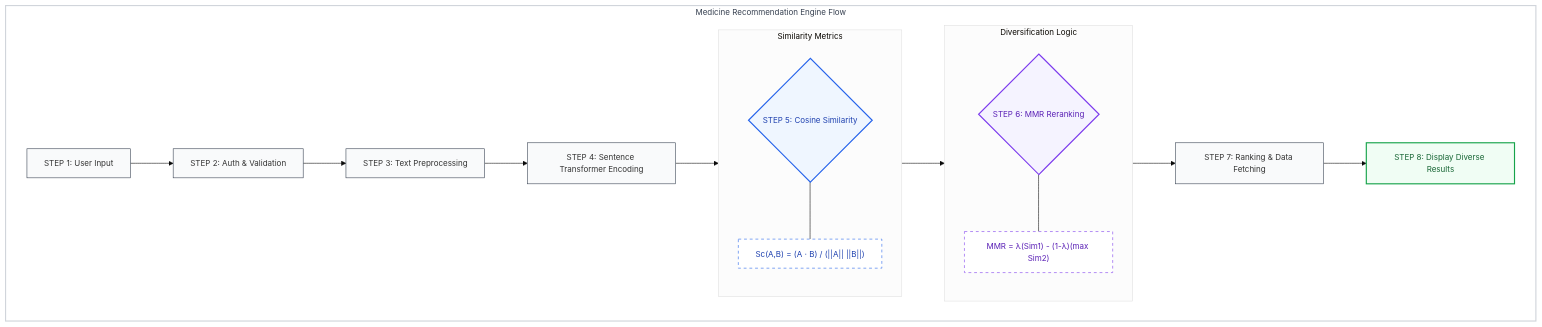
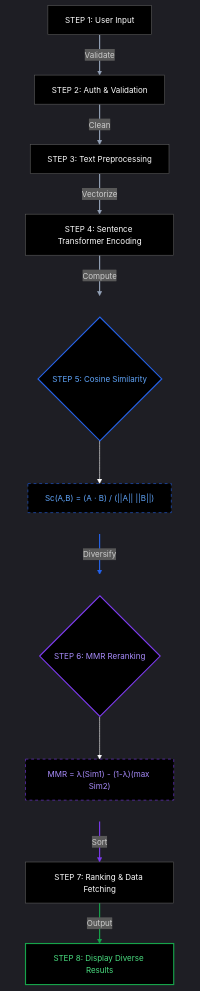
Before and after one commit to udityamerit/Smart-Medical-Care-For-Rural-Areas: the fourth of 6 diagrams in README.md, drawn with Mermaid.

Commit message:
update the background of dataflow

````diff
--- a/README.md
+++ b/README.md
@@ -290,60 +290,65 @@
 ```mermaid
-%%{init: {'theme': 'base', 'themeVariables': { 'fontSize': '14px', 'fontFamily': 'inter, roboto, sans-serif', 'nodeSpacing': 60, 'rankSpacing': 50, 'clusterBkg': '#fcfcfc', 'clusterBorder': '#e0e0e0'}}}%%
+%%{init: {'theme': 'dark', 'themeVariables': { 'fontSize': '14px', 'fontFamily': 'inter', 'background': '#000000', 'primaryColor': '#ffffff', 'mainBkg': '#000000', 'nodeBorder': '#ffffff', 'lineColor': '#ffffff'}}}%%
 graph TD
-    subgraph System_Process_Backend [Medicine Recommendation Engine Flow]
+    %% Node Definitions
+    A[STEP 1: User Input]
+    B[STEP 2: Auth & Validation]
+    C[STEP 3: Text Preprocessing]
+    D[STEP 4: Sentence Transformer Encoding]
     
-        %% Node Definitions
-        A[STEP 1: User Input]
-        B[STEP 2: Auth & Validation]
-        C[STEP 3: Text Preprocessing]
-        D[STEP 4: Sentence Transformer Encoding]
-        
-        E{STEP 5: Cosine Similarity}
-        E1["Sc(A,B) = (A ⋅ B) / (||A|| ||B||)"]
+    E{STEP 5: Cosine Similarity}
+    E1["Sc(A,B) = (A ⋅ B) / (||A|| ||B||)"]
 
-        F{STEP 6: MMR Reranking}
-        F1["MMR = λ(Sim1) - (1-λ)(max Sim2)"]
+    F{STEP 6: MMR Reranking}
+    F1["MMR = λ(Sim1) - (1-λ)(max Sim2)"]
 
-        G[STEP 7: Ranking & Data Fetching]
-        H[STEP 8: Display Diverse Results]
+    G[STEP 7: Ranking & Data Fetching]
+    H[STEP 8: Display Diverse Results]
 
-        %% Connections
-        A --> B
-        B --> C
-        C --> D
-        D --> E
-        
-        subgraph Similarity_Logic [Similarity Metrics]
-            direction TB
-            E --- E1
-        end
-
-        E --> F
-        
-        subgraph Diversity_Logic [Diversification Logic]
-            direction TB
-            F --- F1
-        end
-
-        F --> G
-        G --> H
+    %% Connections with Colored Arrows
+    A -->|Validate| B
+    B -->|Clean| C
+    C -->|Vectorize| D
+    D -->|Compute| E
+    
+    subgraph Similarity_Logic [ ]
+        direction TB
+        E --> E1
     end
 
-    %% Professional High-Contrast Styling
-    style System_Process_Backend fill:#ffffff,stroke:#d1d5db,stroke-width:2px,color:#374151
+    E -->|Diversify| F
     
-    style A fill:#f9fafb,stroke:#374151,stroke-width:1px
-    style B fill:#f9fafb,stroke:#374151,stroke-width:1px
-    style C fill:#f9fafb,stroke:#374151,stroke-width:1px
-    style D fill:#f9fafb,stroke:#374151,stroke-width:1px
+    subgraph Diversity_Logic [ ]
+        direction TB
+        F --> F1
+    end
+
+    F -->|Sort| G
+    G -->|Output| H
+
+    %% Dark Mode Styling (Transparent Backgrounds)
+    style Similarity_Logic fill:none,stroke:none
+    style Diversity_Logic fill:none,stroke:none
     
-    style E fill:#eff6ff,stroke:#2563eb,stroke-width:2px,color:#1e40af
-    style E1 fill:#ffffff,stroke:#2563eb,stroke-dasharray: 5 5,color:#1e40af
+    %% Step Styles (Neon Borders, Black Backgrounds, White Text)
+    style A fill:#000000,stroke:#5c5c5c,stroke-width:1px,color:#ffffff
+    style B fill:#000000,stroke:#5c5c5c,stroke-width:1px,color:#ffffff
+    style C fill:#000000,stroke:#5c5c5c,stroke-width:1px,color:#ffffff
+    style D fill:#000000,stroke:#5c5c5c,stroke-width:1px,color:#ffffff
     
-    style F fill:#f5f3ff,stroke:#7c3aed,stroke-width:2px,color:#5b21b6
-    style F1 fill:#ffffff,stroke:#7c3aed,stroke-dasharray: 5 5,color:#5b21b6
+    style E fill:#000000,stroke:#2563eb,stroke-width:2px,color:#60a5fa
+    style E1 fill:#000000,stroke:#2563eb,stroke-dasharray: 5 5,color:#60a5fa
     
-    style G fill:#f9fafb,stroke:#374151,stroke-width:1px
-    style H fill:#f0fdf4,stroke:#16a34a,stroke-width:2px,color:#166534
+    style F fill:#000000,stroke:#7c3aed,stroke-width:2px,color:#a78bfa
+    style F1 fill:#000000,stroke:#7c3aed,stroke-dasharray: 5 5,color:#a78bfa
+    
+    style G fill:#000000,stroke:#5c5c5c,stroke-width:1px,color:#ffffff
+    style H fill:#000000,stroke:#16a34a,stroke-width:2px,color:#4ade80
+
+    %% Colored Arrows (linkStyle)
+    linkStyle 0,1,2,3 stroke:#94a3b8,stroke-width:2px;
+    linkStyle 5 stroke:#2563eb,stroke-width:2px;
+    linkStyle 7 stroke:#7c3aed,stroke-width:2px;
+    linkStyle 8 stroke:#16a34a,stroke-width:2px;
 
 ```
````
